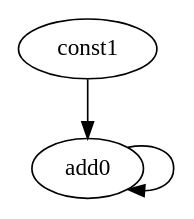
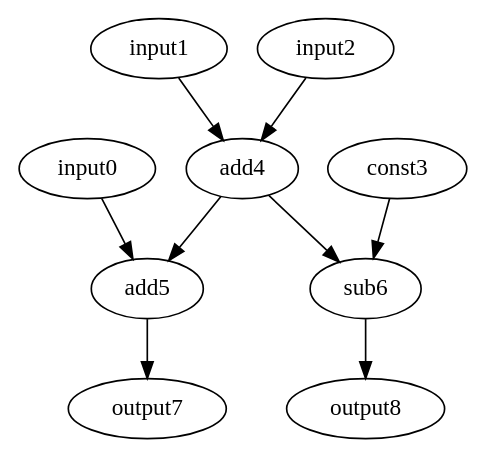
The diagram in benchmarks/microbench/sum/graph_loop.dot (dekisa/cgra-me), drawn with Graphviz before and after one commit. The commit also changed 3 other files, not shown here.

```diff
--- a/benchmarks/microbench/sum/graph_loop.dot
+++ b/benchmarks/microbench/sum/graph_loop.dot
@@ -1,6 +1,19 @@
 digraph G {
-add0[opcode=add];
-const1[opcode=const];
-add0->add0[operand=0]; //add->add
-const1->add0[operand=1]; //const->add
+input0[opcode=input];
+input1[opcode=input];
+input2[opcode=input];
+const3[opcode=const];
+add4[opcode=add];
+add5[opcode=add];
+sub6[opcode=sub];
+output7[opcode=output];
+output8[opcode=output];
+input1->add4[operand=0]; 
+input2->add4[operand=1];
+input0->add5[operand=0]; 
+add4->add5[operand=1];
+add4->sub6[operand=0]; 
+const3->sub6[operand=1];
+add5->output7[operand=0]; 
+sub6->output8[operand=0];
 }
```
